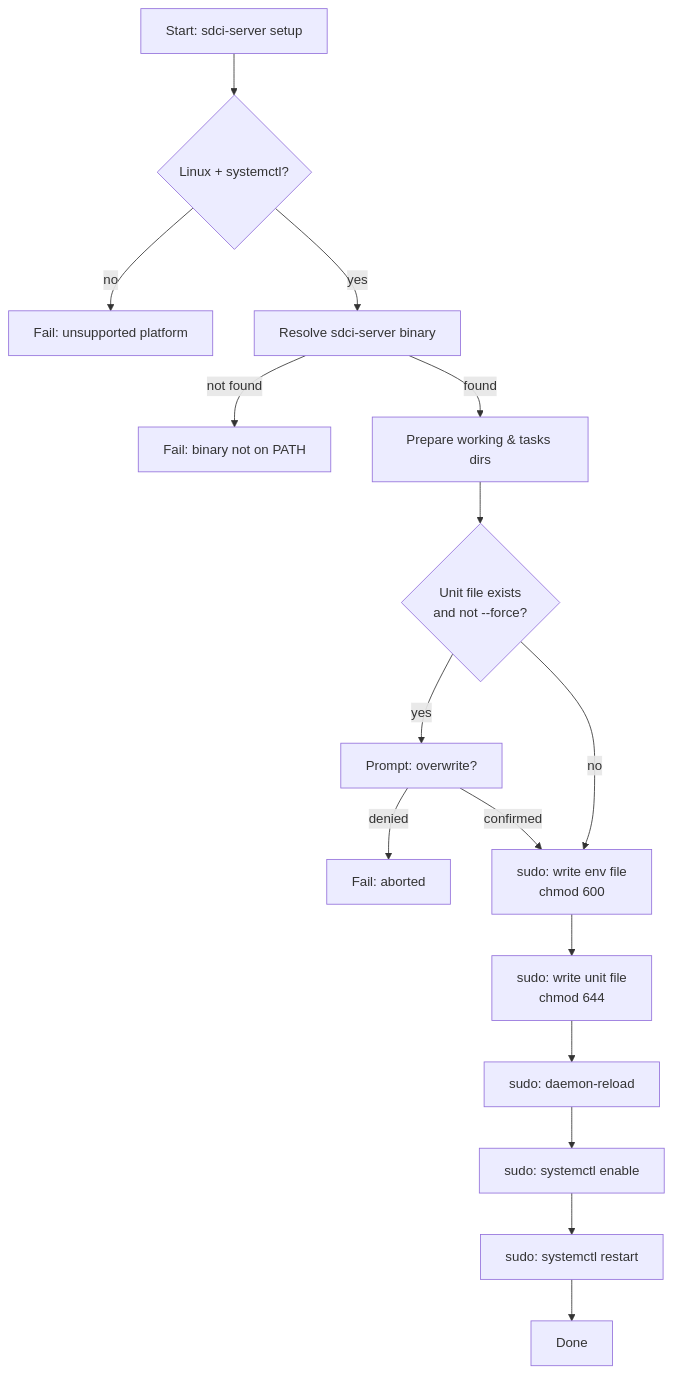
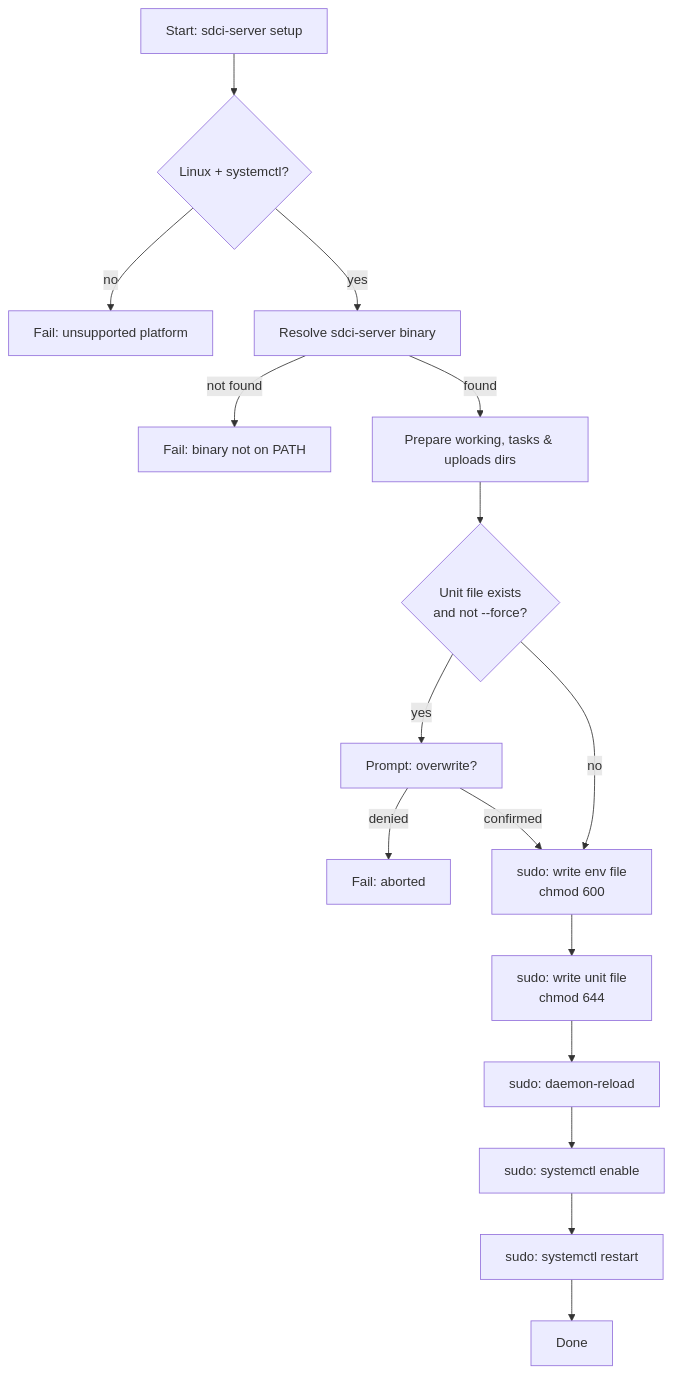
Before and after one commit to joepreludian/SDCI: the diagram in docs/manual/systemd-setup.md, drawn with Mermaid. The commit also changed other lines of this file and 16 other files, not shown here.

````diff
--- a/docs/manual/systemd-setup.md
+++ b/docs/manual/systemd-setup.md
@@ -56,18 +57,18 @@
 ```mermaid
 flowchart TD
     A[Start: sdci-server setup] --> B{Linux + systemctl?}
     B -- no --> FAIL1[Fail: unsupported platform]
     B -- yes --> C[Resolve sdci-server binary]
     C -- not found --> FAIL2[Fail: binary not on PATH]
-    C -- found --> D[Prepare working & tasks dirs]
+    C -- found --> D[Prepare working, tasks & uploads dirs]
     D --> E{Unit file exists\nand not --force?}
     E -- yes --> F[Prompt: overwrite?]
     F -- denied --> FAIL3[Fail: aborted]
     F -- confirmed --> G
     E -- no --> G[sudo: write env file\nchmod 600]
     G --> H[sudo: write unit file\nchmod 644]
     H --> I[sudo: daemon-reload]
     I --> J[sudo: systemctl enable]
     J --> K[sudo: systemctl restart]
     K --> DONE[Done]
 ```
````
